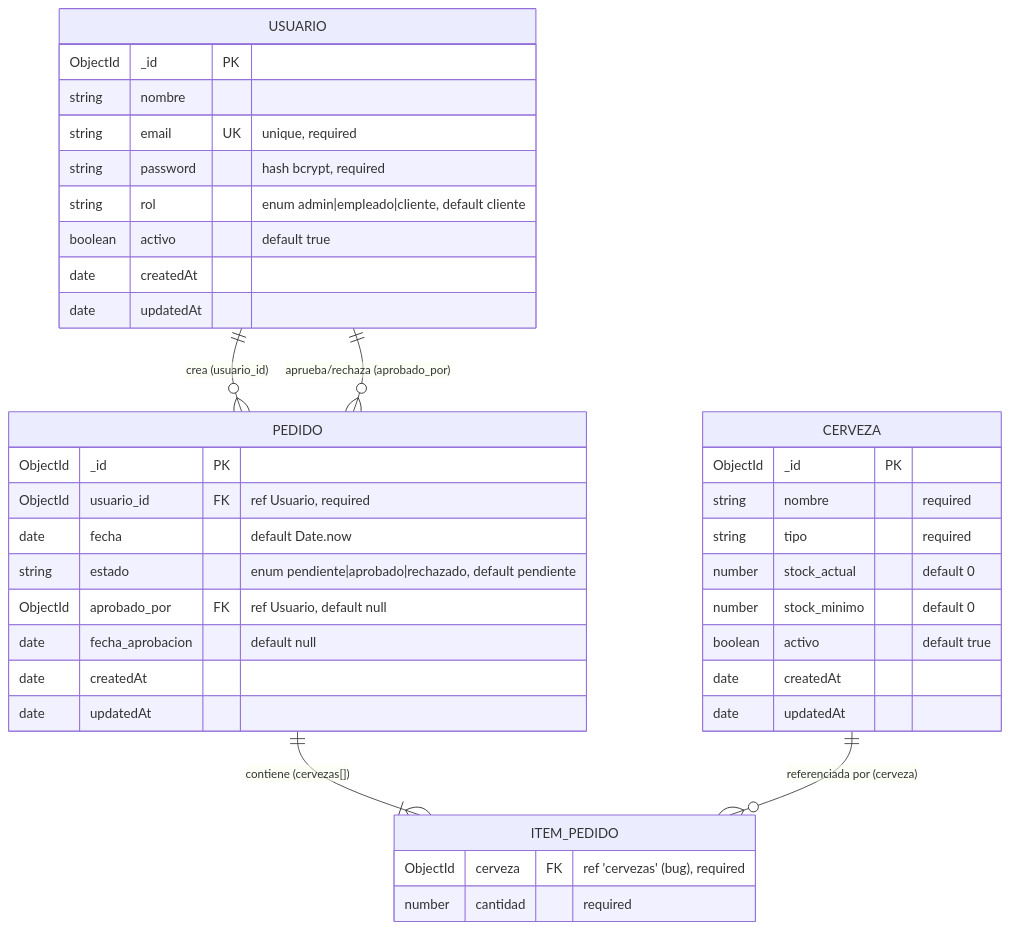
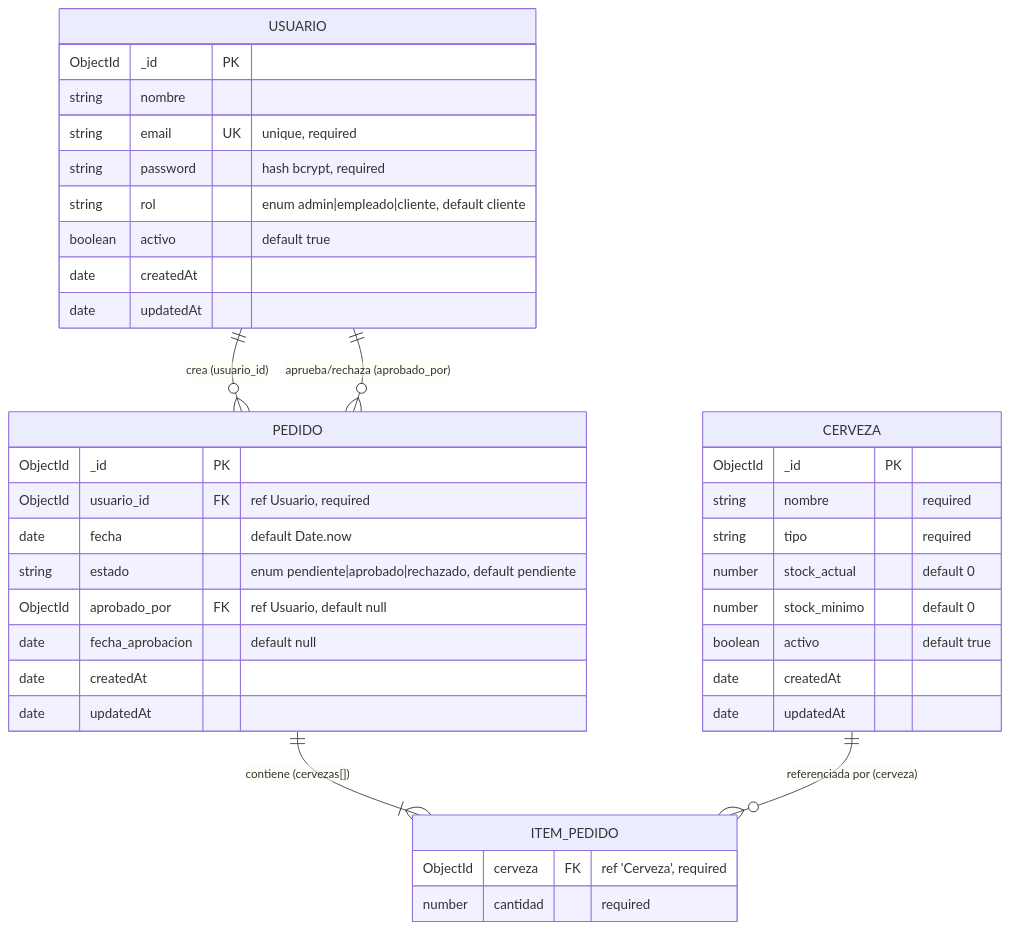
Before and after one commit to nicolasgonzalez98/tpGrupoFrontBack: the diagram in docs/database/README.md, drawn with Mermaid. The commit also changed other lines of this file and 7 other files, not shown here.

````diff
--- a/docs/database/README.md
+++ b/docs/database/README.md
@@ -19,45 +19,45 @@
 ```mermaid
 erDiagram
     USUARIO ||--o{ PEDIDO : "crea (usuario_id)"
     USUARIO ||--o{ PEDIDO : "aprueba/rechaza (aprobado_por)"
     PEDIDO ||--|{ ITEM_PEDIDO : "contiene (cervezas[])"
     CERVEZA ||--o{ ITEM_PEDIDO : "referenciada por (cerveza)"
 
     USUARIO {
         ObjectId _id PK
         string nombre
         string email UK "unique, required"
         string password "hash bcrypt, required"
         string rol "enum admin|empleado|cliente, default cliente"
         boolean activo "default true"
         date createdAt
         date updatedAt
     }
 
     CERVEZA {
         ObjectId _id PK
         string nombre "required"
         string tipo "required"
         number stock_actual "default 0"
         number stock_minimo "default 0"
         boolean activo "default true"
         date createdAt
         date updatedAt
     }
 
     PEDIDO {
         ObjectId _id PK
         ObjectId usuario_id FK "ref Usuario, required"
         date fecha "default Date.now"
         string estado "enum pendiente|aprobado|rechazado, default pendiente"
         ObjectId aprobado_por FK "ref Usuario, default null"
         date fecha_aprobacion "default null"
         date createdAt
         date updatedAt
     }
 
     ITEM_PEDIDO {
-        ObjectId cerveza FK "ref 'cervezas' (bug), required"
+        ObjectId cerveza FK "ref 'Cerveza', required"
         number cantidad "required"
     }
 ```
````
